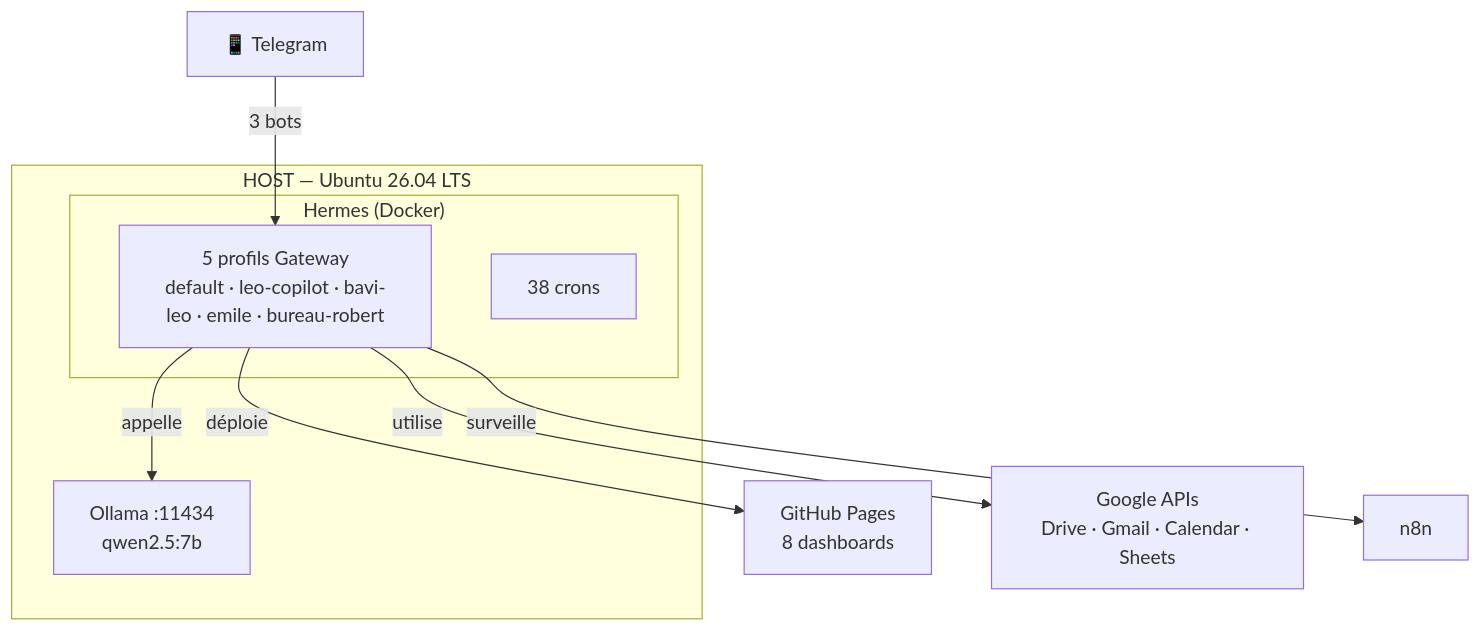
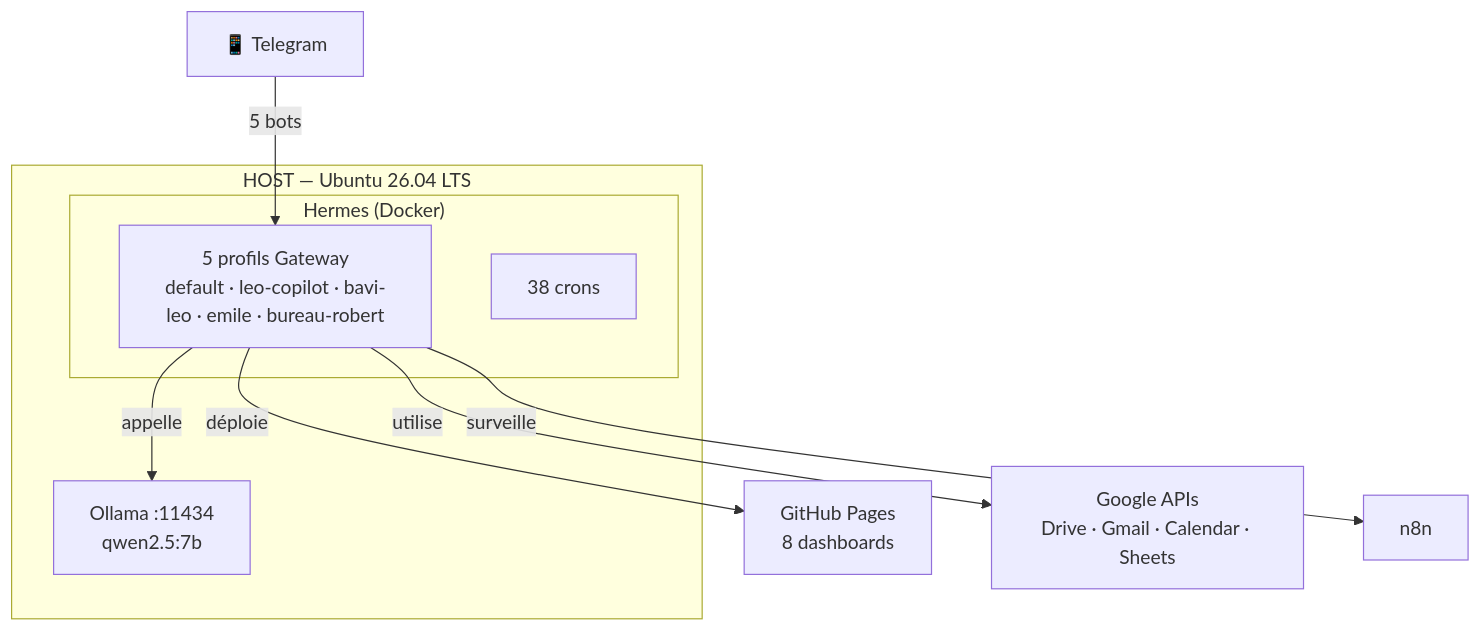
Before and after one commit to christophedanhier-hash/hermes-wiki: the diagram in docs/hermes/installation/linux.md, drawn with Mermaid. The commit also changed 15 other files, not shown here.

````diff
--- a/docs/hermes/installation/linux.md
+++ b/docs/hermes/installation/linux.md
@@ -127,16 +127,16 @@
 ```mermaid
 graph TB
     subgraph HOST["HOST — Ubuntu 26.04 LTS"]
         Ollama["Ollama :11434<br/>qwen2.5:7b"]
         subgraph Docker["Hermes (Docker)"]
             GW["5 profils Gateway<br/>default · leo-copilot · bavi-leo · emile · bureau-robert"]
             Crons["38 crons"]
         end
     end
     
-    Telegram["📱 Telegram"] -->|"3 bots"| GW
+    Telegram["📱 Telegram"] -->|"5 bots"| GW
     GW -->|"déploie"| GH["GitHub Pages<br/>8 dashboards"]
     GW -->|"utilise"| Google["Google APIs<br/>Drive · Gmail · Calendar · Sheets"]
     GW -->|"appelle"| Ollama
     GW -->|"surveille"| n8n
 ```
````
